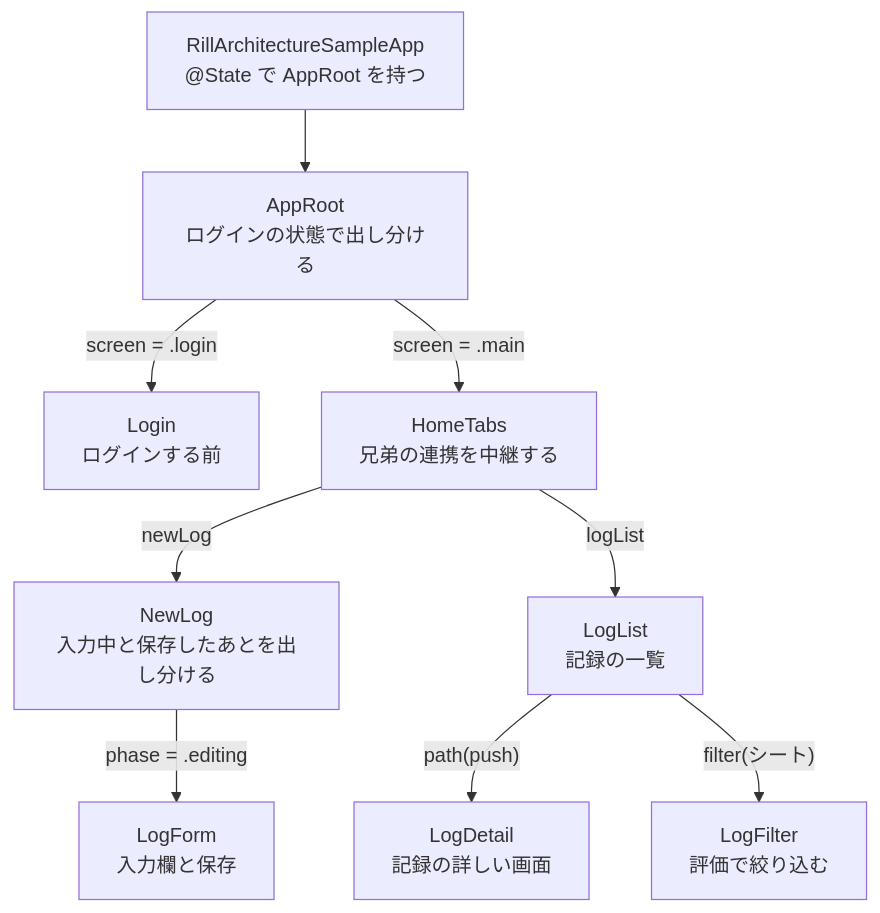
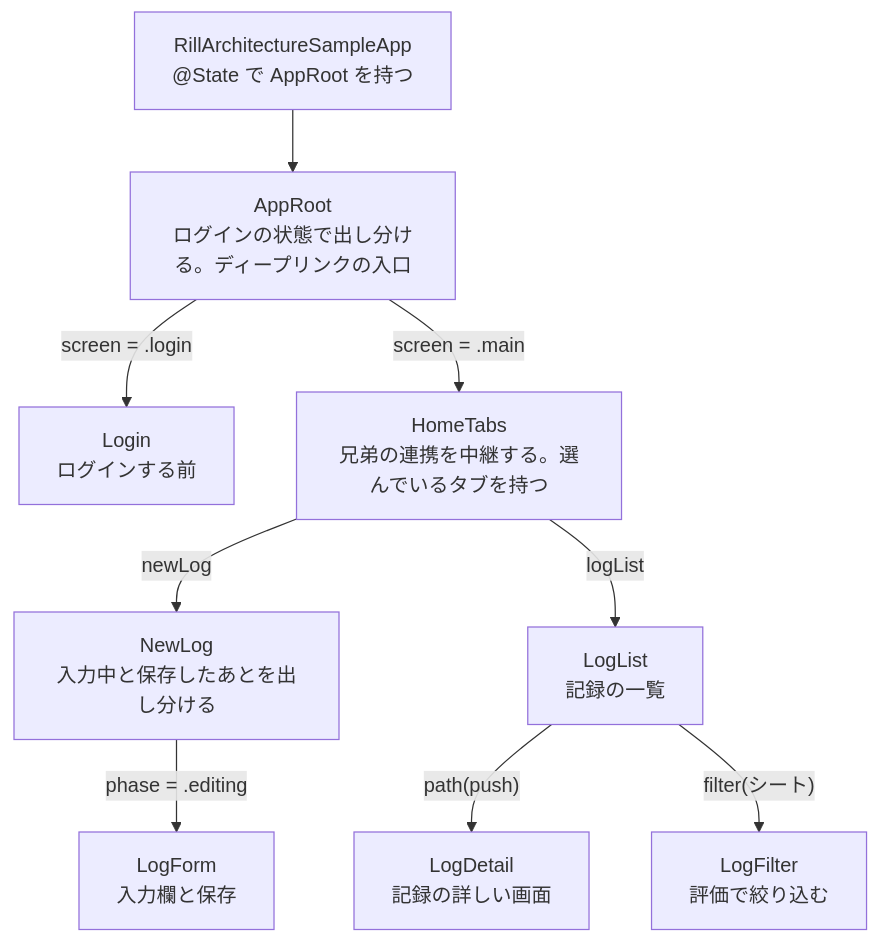
Before and after one commit to kz56cd/RillArchitectureSample: the third of 7 diagrams in docs/architecture.md, drawn with Mermaid. The commit also changed other lines of this file and 26 other files, not shown here.

````diff
--- a/docs/architecture.md
+++ b/docs/architecture.md
@@ -63,12 +63,12 @@
 ```mermaid
 flowchart TD
     App["RillArchitectureSampleApp<br/>@State で AppRoot を持つ"] --> AppRoot
-    AppRoot["AppRoot<br/>ログインの状態で出し分ける"]
+    AppRoot["AppRoot<br/>ログインの状態で出し分ける。ディープリンクの入口"]
     AppRoot -- "screen = .login" --> Login["Login<br/>ログインする前"]
-    AppRoot -- "screen = .main" --> HomeTabs["HomeTabs<br/>兄弟の連携を中継する"]
+    AppRoot -- "screen = .main" --> HomeTabs["HomeTabs<br/>兄弟の連携を中継する。選んでいるタブを持つ"]
     HomeTabs -- "newLog" --> NewLog["NewLog<br/>入力中と保存したあとを出し分ける"]
     HomeTabs -- "logList" --> LogList["LogList<br/>記録の一覧"]
     NewLog -- "phase = .editing" --> LogForm["LogForm<br/>入力欄と保存"]
     LogList -- "path(push)" --> LogDetail["LogDetail<br/>記録の詳しい画面"]
     LogList -- "filter(シート)" --> LogFilter["LogFilter<br/>評価で絞り込む"]
 ```
````
